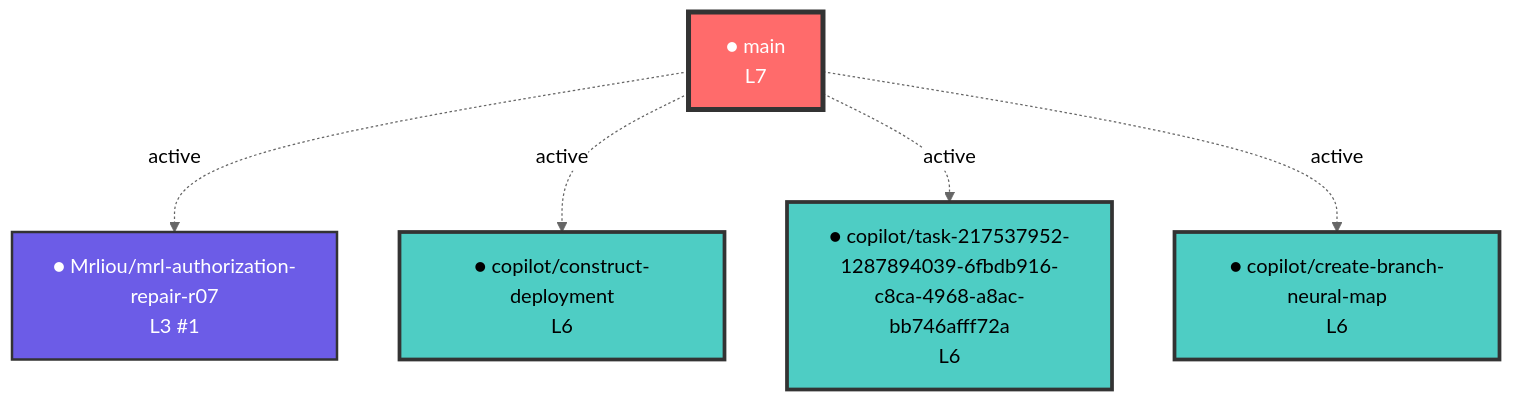
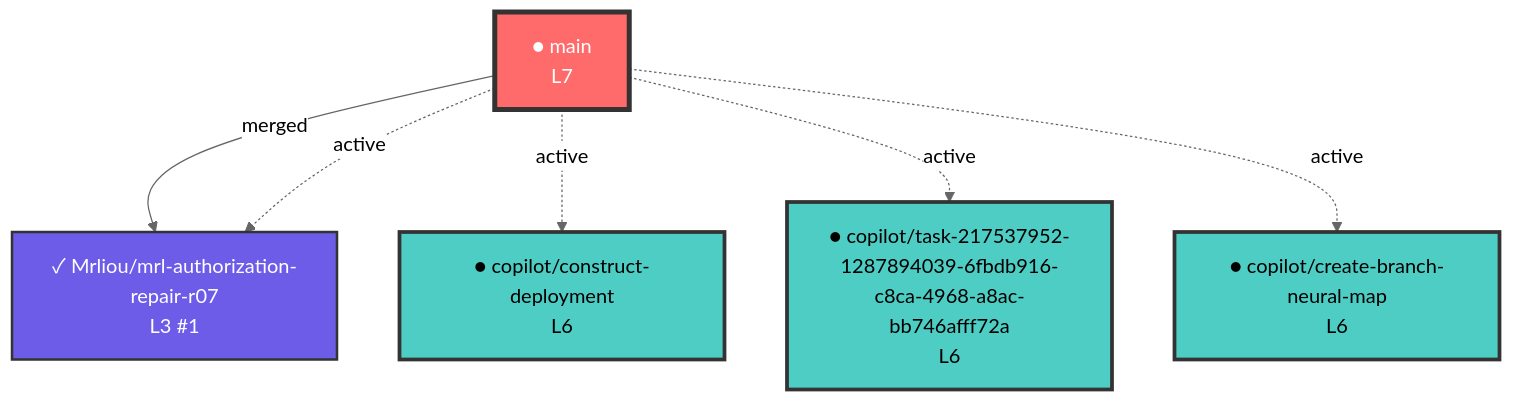
The diagram in neural-links/synaptic-graph.mermaid (dofaromg/MRL_ASI_system), drawn with Mermaid (neutral theme) before and after one commit. The commit also changed 1 other file, not shown here.

Commit message:
🧠 Auto-sync neural network map [skip ci]

````diff
--- a/neural-links/synaptic-graph.mermaid
+++ b/neural-links/synaptic-graph.mermaid
@@ -1,24 +1,25 @@
 ```mermaid
 graph TD
   %% 神經網絡分支圖譜 - origin_signature: MrLiouWord
 
   %% 節點定義
   main["● main<br/>L7"]:::trunk
-  Mrliou_mrl_authorization_repair_r07["● Mrliou/mrl-authorization-repair-r07<br/>L3 #1"]:::experimental
+  Mrliou_mrl_authorization_repair_r07["✓ Mrliou/mrl-authorization-repair-r07<br/>L3 #1"]:::experimental
   copilot_construct_deployment["● copilot/construct-deployment<br/>L6"]:::cognitive
   copilot_task_217537952_1287894039_6fbdb916_c8ca_4968_a8ac_bb746afff72a["● copilot/task-217537952-1287894039-6fbdb916-c8ca-4968-a8ac-bb746afff72a<br/>L6"]:::cognitive
   copilot_create_branch_neural_map["● copilot/create-branch-neural-map<br/>L6"]:::cognitive
 
   %% 連結定義
-  main -.->|active| Mrliou_mrl_authorization_repair_r07
+  main -->|merged| Mrliou_mrl_authorization_repair_r07
   main -.->|active| copilot_construct_deployment
   main -.->|active| copilot_task_217537952_1287894039_6fbdb916_c8ca_4968_a8ac_bb746afff72a
+  main -.->|active| Mrliou_mrl_authorization_repair_r07
   main -.->|active| copilot_create_branch_neural_map
 
   %% 樣式定義
   classDef trunk fill:#ff6b6b,stroke:#333,stroke-width:4px,color:#fff
   classDef cognitive fill:#4ecdc4,stroke:#333,stroke-width:3px,color:#000
   classDef feature fill:#95e1d3,stroke:#333,stroke-width:2px,color:#000
   classDef hotfix fill:#f9ca24,stroke:#333,stroke-width:2px,color:#000
   classDef experimental fill:#6c5ce7,stroke:#333,stroke-width:2px,color:#fff
 ```
````
